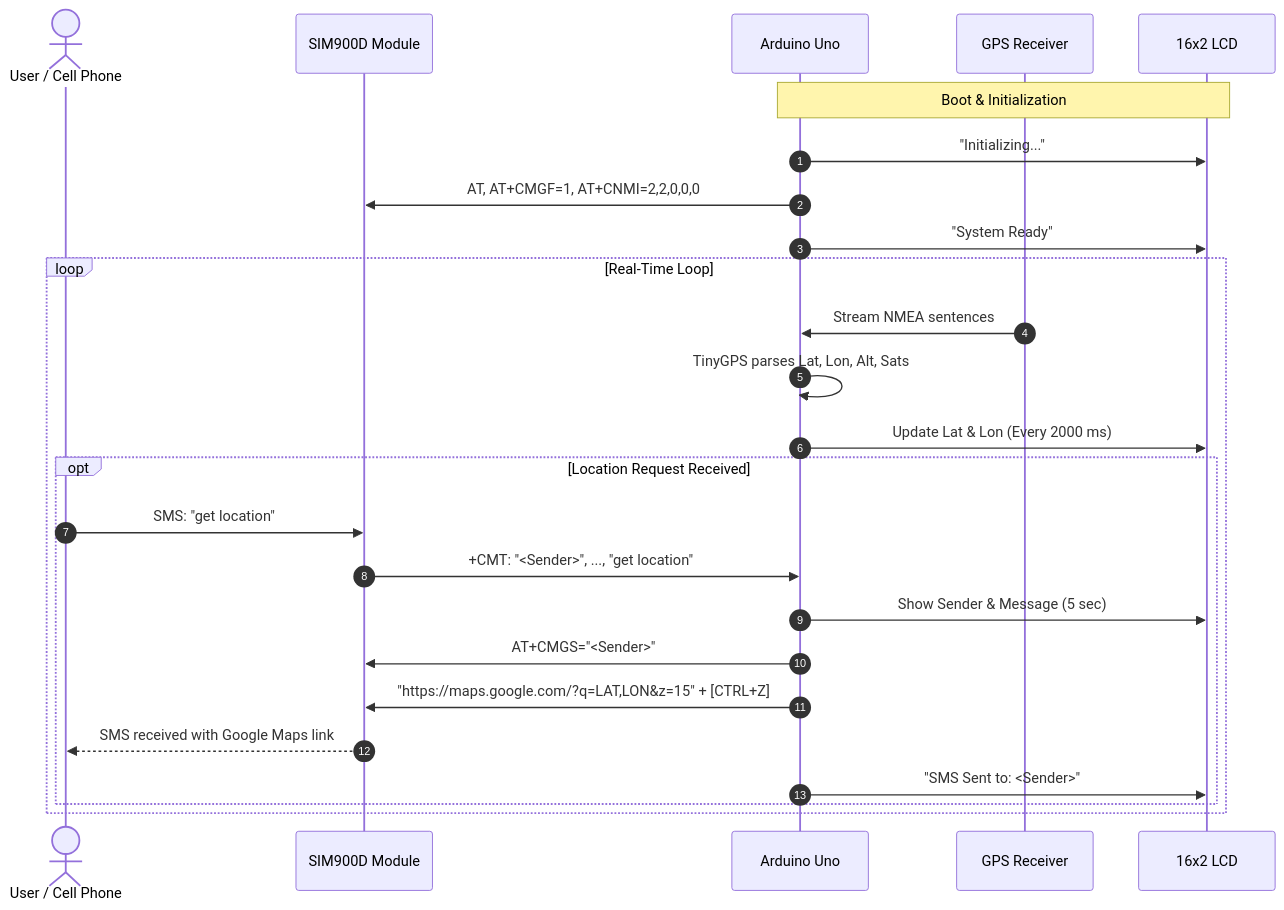
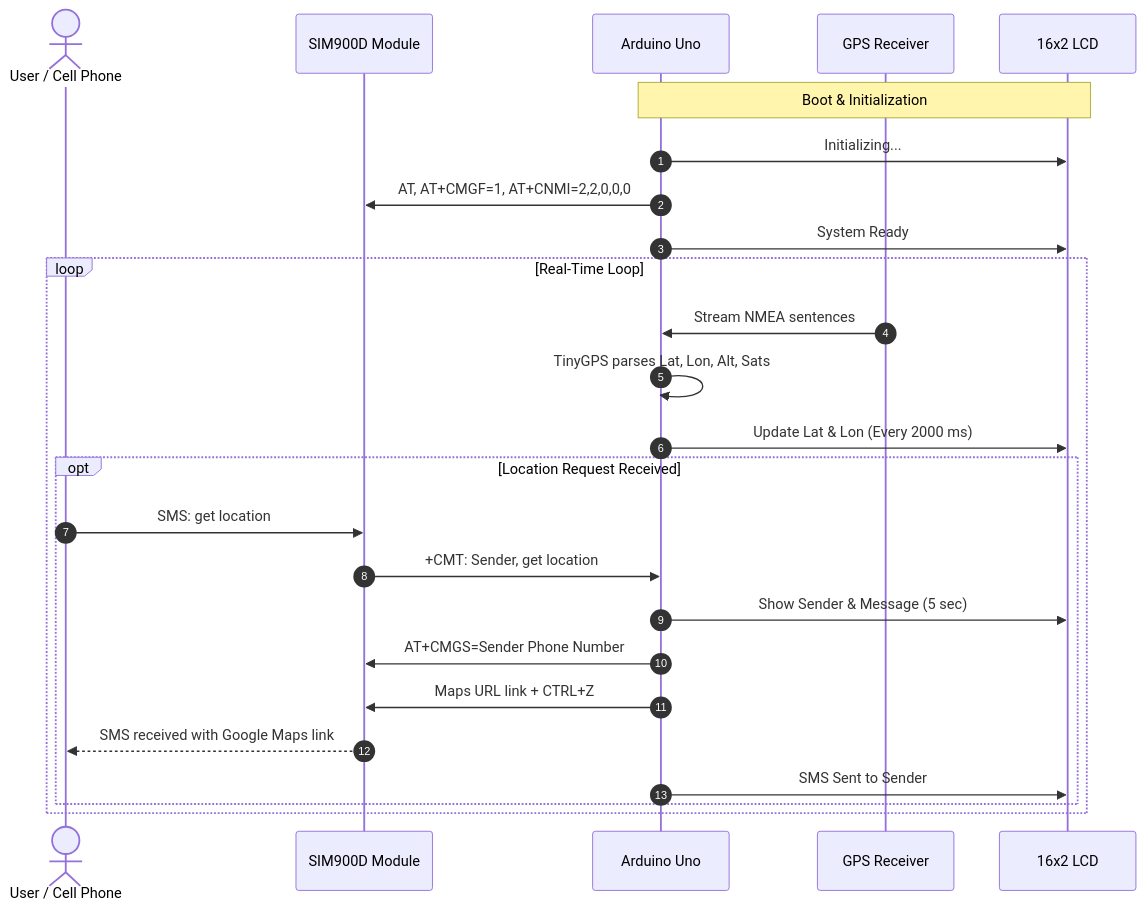
Before and after one commit to Yassinbassam11/GPS-Tracker: the second of 2 diagrams in README.md, drawn with Mermaid. The commit also changed other lines of this file, not shown here.

````diff
--- a/README.md
+++ b/README.md
@@ -150,30 +150,30 @@
 ```mermaid
 sequenceDiagram
     autonumber
     actor User as User / Cell Phone
     participant GSM as SIM900D Module
     participant MCU as Arduino Uno
     participant GPS as GPS Receiver
     participant LCD as 16x2 LCD
 
     Note over MCU,LCD: Boot & Initialization
-    MCU->>LCD: "Initializing..."
+    MCU->>LCD: Initializing...
     MCU->>GSM: AT, AT+CMGF=1, AT+CNMI=2,2,0,0,0
-    MCU->>LCD: "System Ready"
+    MCU->>LCD: System Ready
 
     loop Real-Time Loop
         GPS->>MCU: Stream NMEA sentences
         MCU->>MCU: TinyGPS parses Lat, Lon, Alt, Sats
         MCU->>LCD: Update Lat & Lon (Every 2000 ms)
 
         opt Location Request Received
-            User->>GSM: SMS: "get location"
-            GSM->>MCU: +CMT: "<Sender>", ..., "get location"
+            User->>GSM: SMS: get location
+            GSM->>MCU: +CMT: Sender, get location
             MCU->>LCD: Show Sender & Message (5 sec)
-            MCU->>GSM: AT+CMGS="<Sender>"
-            MCU->>GSM: "https://maps.google.com/?q=LAT,LON&z=15" + [CTRL+Z]
+            MCU->>GSM: AT+CMGS=Sender Phone Number
+            MCU->>GSM: Maps URL link + CTRL+Z
             GSM-->>User: SMS received with Google Maps link
-            MCU->>LCD: "SMS Sent to: <Sender>"
+            MCU->>LCD: SMS Sent to Sender
         end
     end
 ```
````
